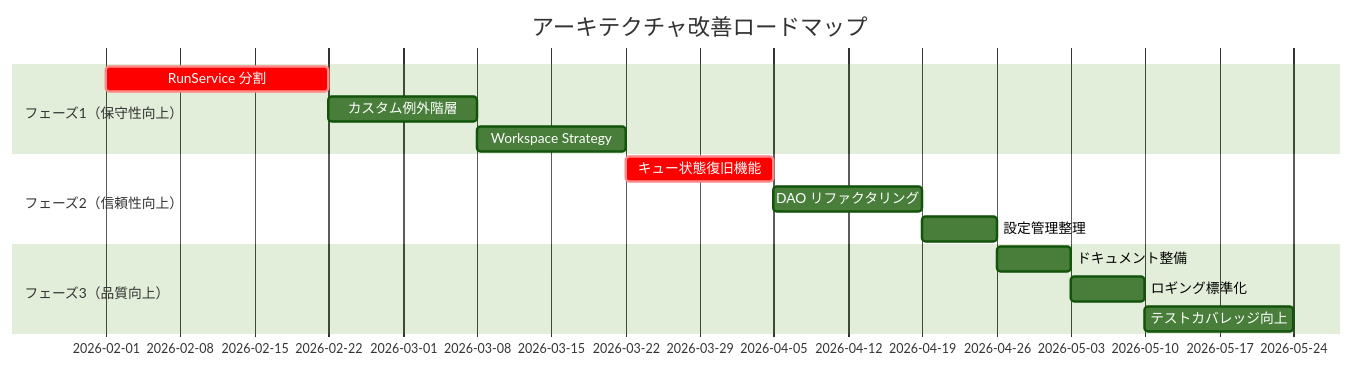
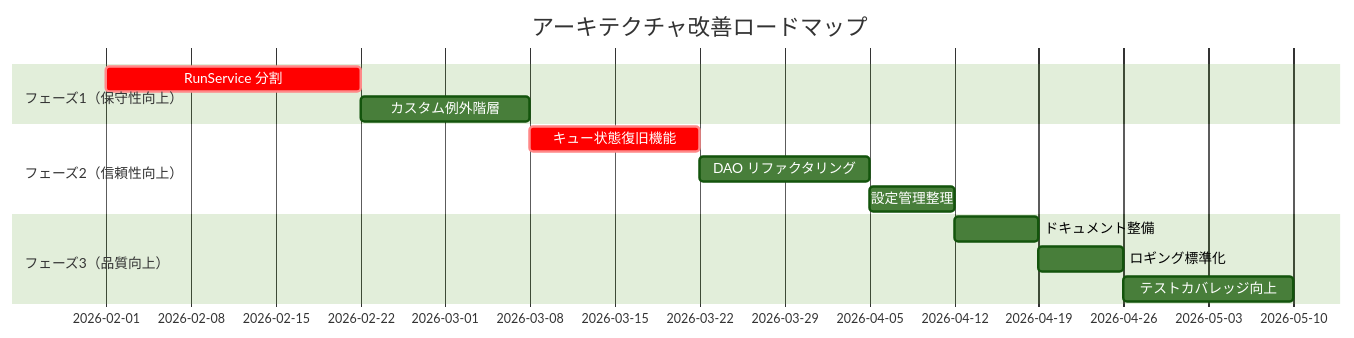
The diagram in docs/architecture-review.md (hampen2929/zloth), drawn with Mermaid (forest theme) before and after one commit. The commit also changed other lines of this file, not shown here.

First line of the commit message:
docs: Remove workspace mode complexity from issues (Clone mode only)

````diff
--- a/docs/architecture-review.md
+++ b/docs/architecture-review.md
@@ -248,17 +217,16 @@
 ```mermaid
 gantt
     title アーキテクチャ改善ロードマップ
     dateFormat YYYY-MM
     section フェーズ1（保守性向上）
     RunService 分割       :crit, p1-1, 2026-02, 3w
     カスタム例外階層      :p1-2, after p1-1, 2w
-    Workspace Strategy    :p1-3, after p1-2, 2w
     section フェーズ2（信頼性向上）
-    キュー状態復旧機能    :crit, p2-1, after p1-3, 2w
+    キュー状態復旧機能    :crit, p2-1, after p1-2, 2w
     DAO リファクタリング  :p2-2, after p2-1, 2w
     設定管理整理          :p2-3, after p2-2, 1w
     section フェーズ3（品質向上）
     ドキュメント整備      :p3-1, after p2-3, 1w
     ロギング標準化        :p3-2, after p3-1, 1w
     テストカバレッジ向上  :p3-3, after p3-2, 2w
 ```
````
